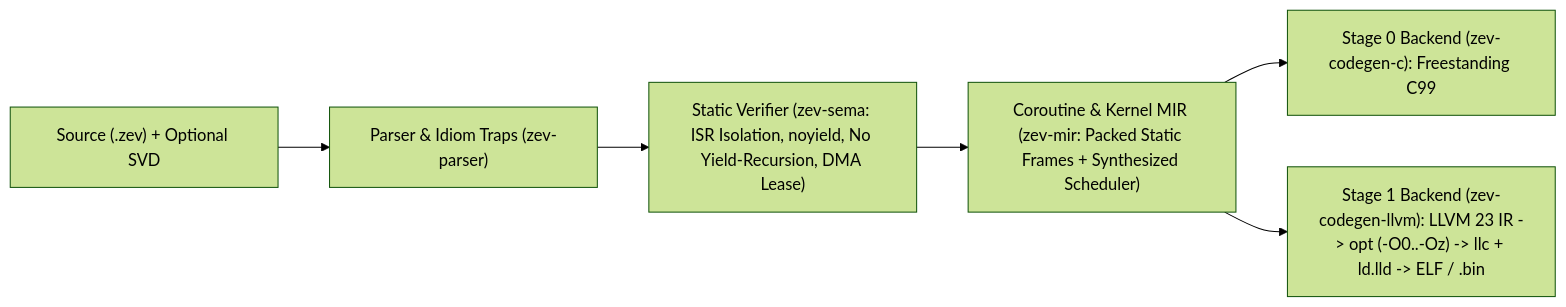
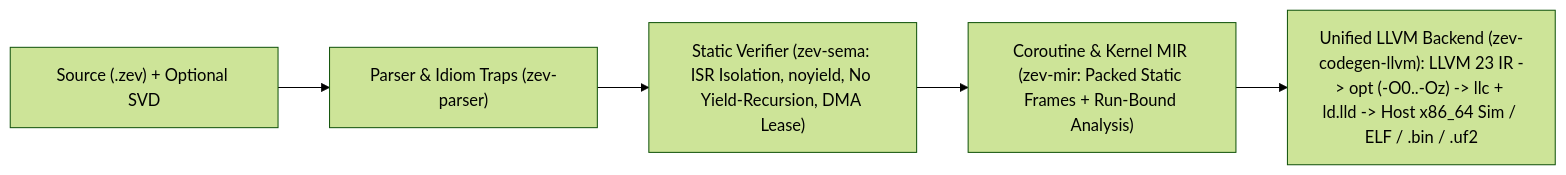
Before and after one commit to outlookhazy/zev: the diagram in DESIGN_V0.md, drawn with Mermaid (forest theme). The commit also changed other lines of this file and 62 other files, not shown here.

Commit message:
Unify LLVM runtime, fix wakeup race, add wait/wait_queue, traps, run bounds, and update docs

````diff
--- a/DESIGN_V0.md
+++ b/DESIGN_V0.md
@@ -160,8 +166,7 @@
 ```mermaid
 flowchart LR
     Src["Source (.zev) + Optional SVD"] --> Front["Parser & Idiom Traps (zev-parser)"]
     Front --> Verifier["Static Verifier (zev-sema: ISR Isolation, noyield, No Yield-Recursion, DMA Lease)"]
-    Verifier --> MIR["Coroutine & Kernel MIR (zev-mir: Packed Static Frames + Synthesized Scheduler)"]
-    MIR --> C99["Stage 0 Backend (zev-codegen-c): Freestanding C99"]
-    MIR --> LLVM["Stage 1 Backend (zev-codegen-llvm): LLVM 23 IR -> opt (-O0..-Oz) -> llc + ld.lld -> ELF / .bin"]
+    Verifier --> MIR["Coroutine & Kernel MIR (zev-mir: Packed Static Frames + Run-Bound Analysis)"]
+    MIR --> LLVM["Unified LLVM Backend (zev-codegen-llvm): LLVM 23 IR -> opt (-O0..-Oz) -> llc + ld.lld -> Host x86_64 Sim / ELF / .bin / .uf2"]
 ```
````
